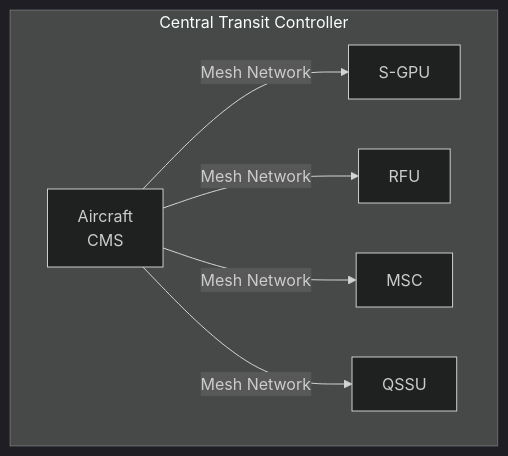
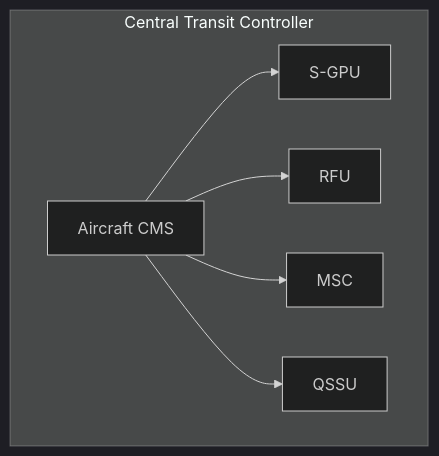
Diagram 16 of 27 in Q-AIR/fleet/AMPEL360/BWBQ100/docs/ATA-chapters/ATA-00-General/ 00-40-00-00-Servicing/00-40-10-00-ServicePoints/00-40-10-03-TransitService.md (Robbbo-T/GAIA-QAO-ADVENT), drawn with Mermaid (dark theme) before and after one commit. The commit also changed other lines of this file, not shown here.

````diff
--- a/Q-AIR/fleet/AMPEL360/BWBQ100/docs/ATA-chapters/ATA-00-General/ 00-40-00-00-Servicing/00-40-10-00-ServicePoints/00-40-10-03-TransitService.md
+++ b/Q-AIR/fleet/AMPEL360/BWBQ100/docs/ATA-chapters/ATA-00-General/ 00-40-00-00-Servicing/00-40-10-00-ServicePoints/00-40-10-03-TransitService.md
@@ -1693,10 +1699,10 @@
 ```mermaid
 flowchart TB
     subgraph Central_Controller["Central Transit Controller"]
-        CMS["Aircraft\nCMS"]
-        CMS -- Mesh Network --> S_GPU[S-GPU]
-        CMS -- Mesh Network --> RFU[RFU]
-        CMS -- Mesh Network --> MSC[MSC]
-        CMS -- Mesh Network --> QSSU[QSSU]
+        CMS["Aircraft CMS"]
+        CMS --> S_GPU[S-GPU]
+        CMS --> RFU[RFU]
+        CMS --> MSC[MSC]
+        CMS --> QSSU[QSSU]
     end
 ```
````
